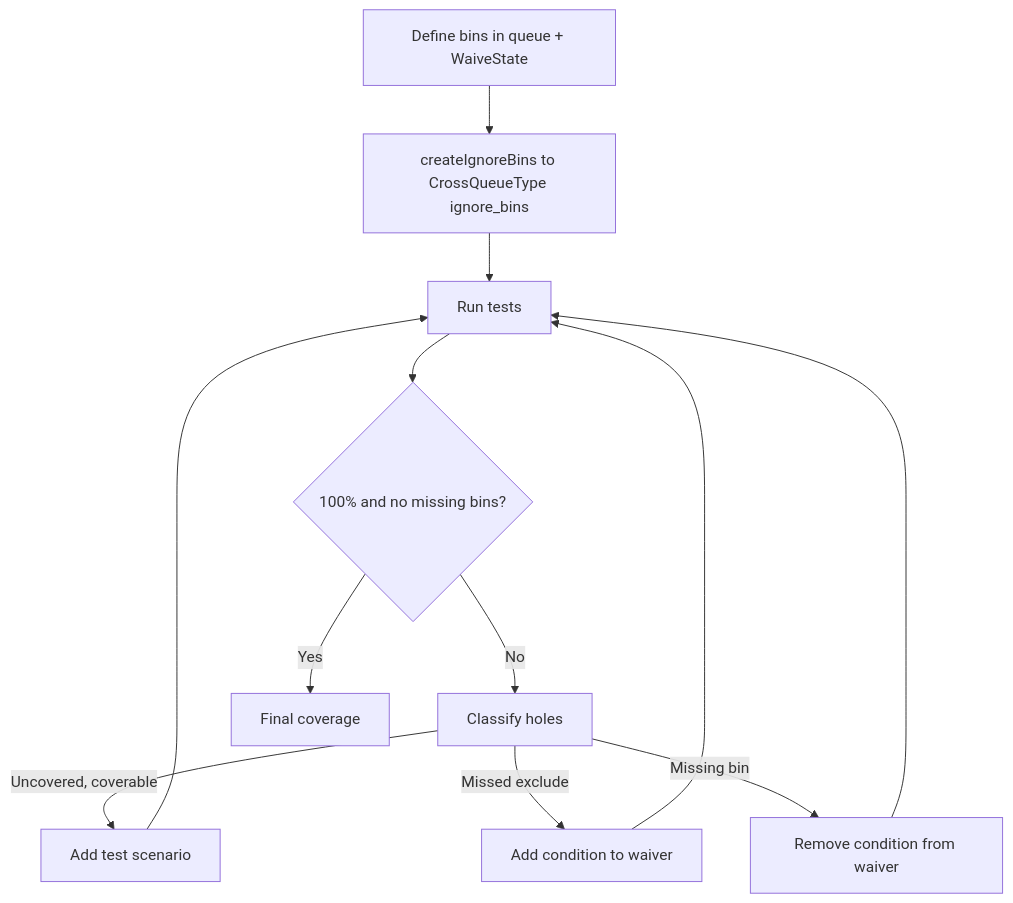
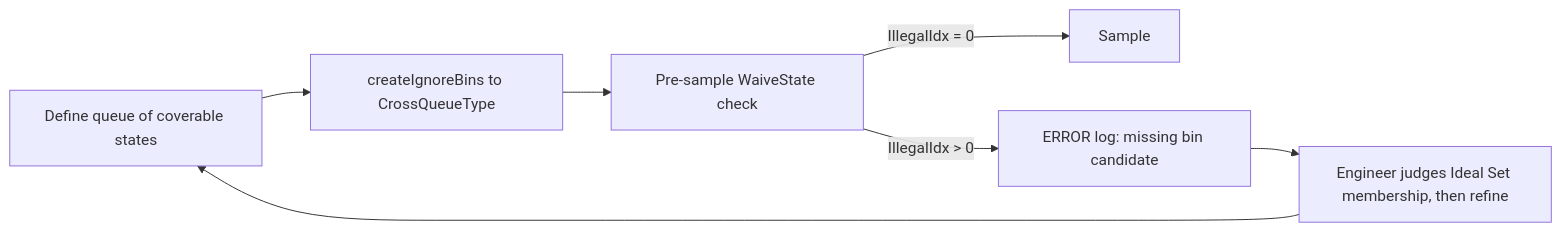
One commit to nemo99007/yt-paper changed the diagram in docs/papers/ref-20261018-4d5c-tackling-missing-bins-refining-functional-coverage-in-system.md. Above: the diagram before and after it, drawn with Mermaid. The commit also changed other lines of this file and 172 other files, not shown here.

````diff
--- a/docs/papers/ref-20261018-4d5c-tackling-missing-bins-refining-functional-coverage-in-system.md
+++ b/docs/papers/ref-20261018-4d5c-tackling-missing-bins-refining-functional-coverage-in-system.md
@@ -255,14 +225,9 @@
 ```mermaid
-flowchart TD
-    A[Define bins in queue + WaiveState] --> B[createIgnoreBins to CrossQueueType ignore_bins]
-    B --> C[Run tests]
-    C --> D{100% and no missing bins?}
-    D -- No --> E[Classify holes]
-    E -- Uncovered, coverable --> F[Add test scenario]
-    E -- Missed exclude --> G[Add condition to waiver]
-    E -- Missing bin --> H[Remove condition from waiver]
-    F --> C
-    G --> C
-    H --> C
-    D -- Yes --> I[Final coverage]
+flowchart LR
+  A[Define queue of coverable states] --> B[createIgnoreBins to CrossQueueType]
+  B --> C[Pre-sample WaiveState check]
+  C -->|IllegalIdx = 0| D[Sample]
+  C -->|IllegalIdx > 0| E[ERROR log: missing bin candidate]
+  E --> F[Engineer judges Ideal Set membership, then refine]
+  F --> A
 ```
````
